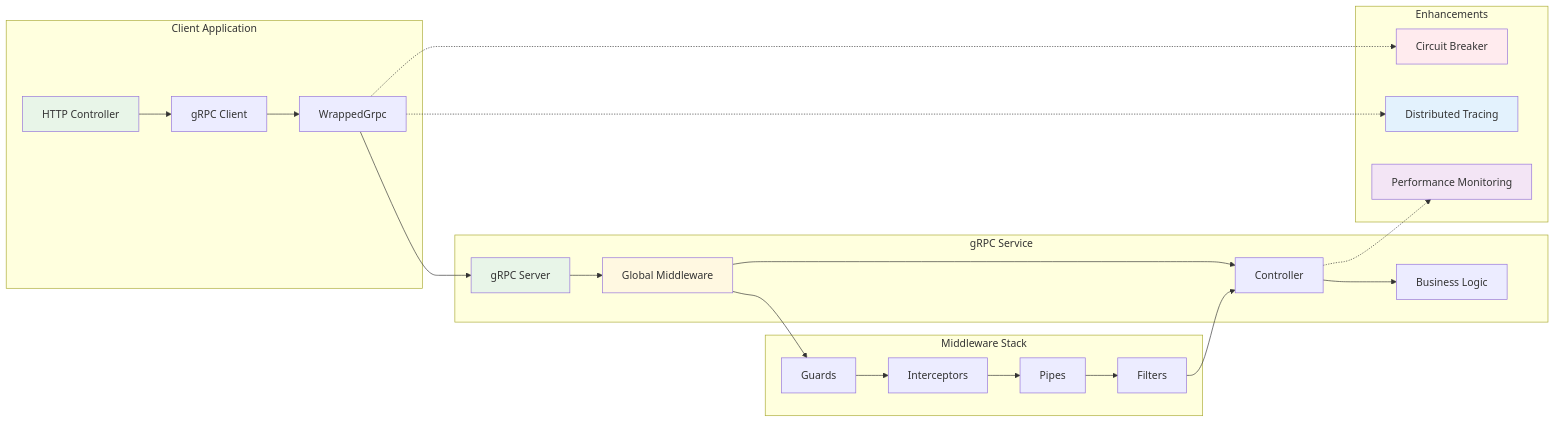
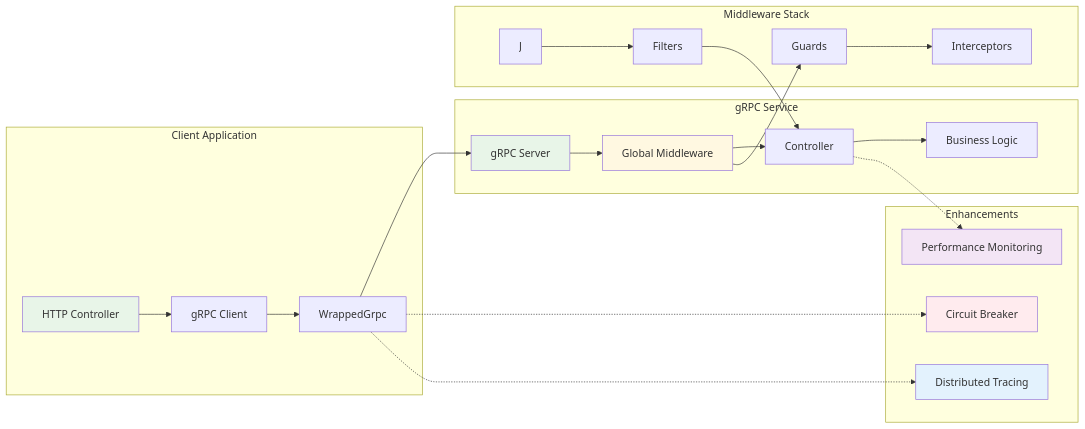
One commit to ecom-co/lib-grpc changed the second of 2 diagrams in docs/introduction.md. Above: the diagram before and after it, drawn with Mermaid. The commit also changed other lines of this file and 2 other files, not shown here.

````diff
--- a/docs/introduction.md
+++ b/docs/introduction.md
@@ -85,40 +85,39 @@
 ```mermaid
 graph LR
     subgraph "Client Application"
         A[HTTP Controller] --> B[gRPC Client]
         B --> C[WrappedGrpc]
     end
     
     subgraph "gRPC Service"
         D[gRPC Server] --> E[Global Middleware]
         E --> F[Controller]
         F --> G[Business Logic]
     end
     
     subgraph "Middleware Stack"
         H[Guards] --> I[Interceptors]
-        I --> J[Pipes]
         J --> K[Filters]
     end
     
     subgraph "Enhancements"
         L[Circuit Breaker]
         M[Distributed Tracing]
         N[Performance Monitoring]
     end
     
     C --> D
     E --> H
     K --> F
     
     C -.-> L
     C -.-> M
     F -.-> N
     
     style A fill:#e8f5e8
     style D fill:#e8f5e8
     style E fill:#fff8e1
     style L fill:#ffebee
     style M fill:#e3f2fd
     style N fill:#f3e5f5
 ```
````
